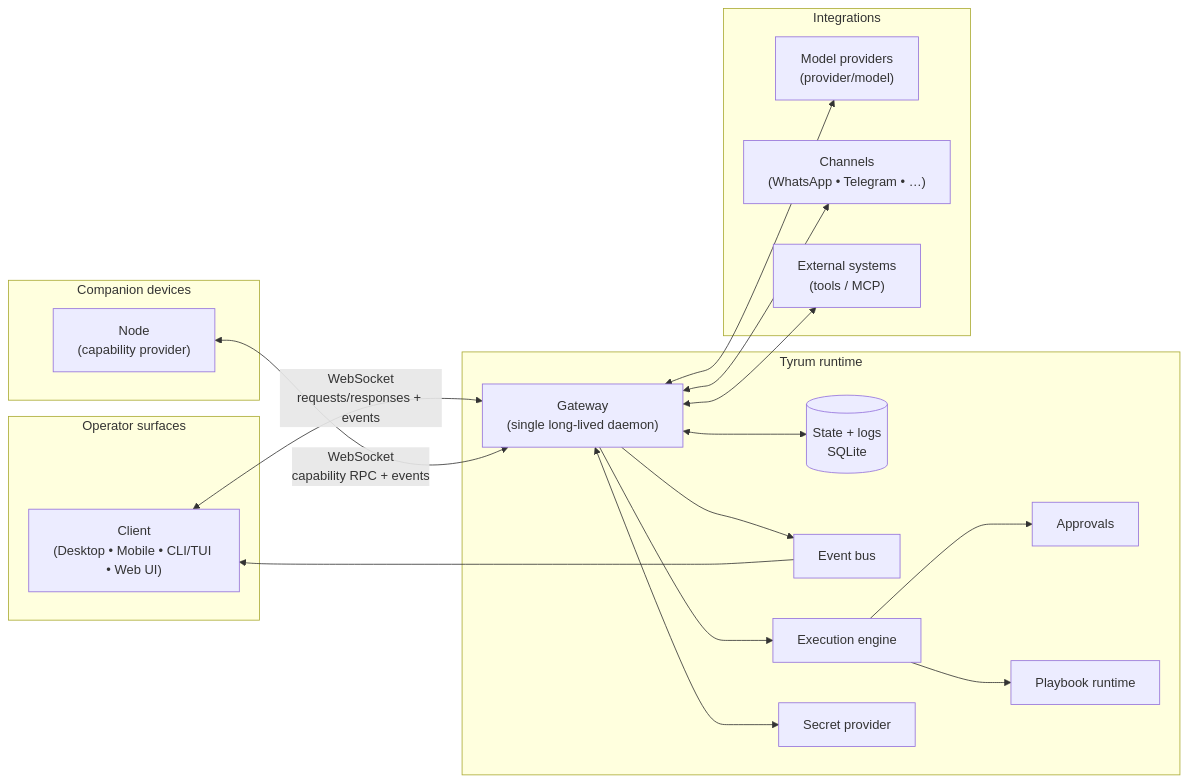
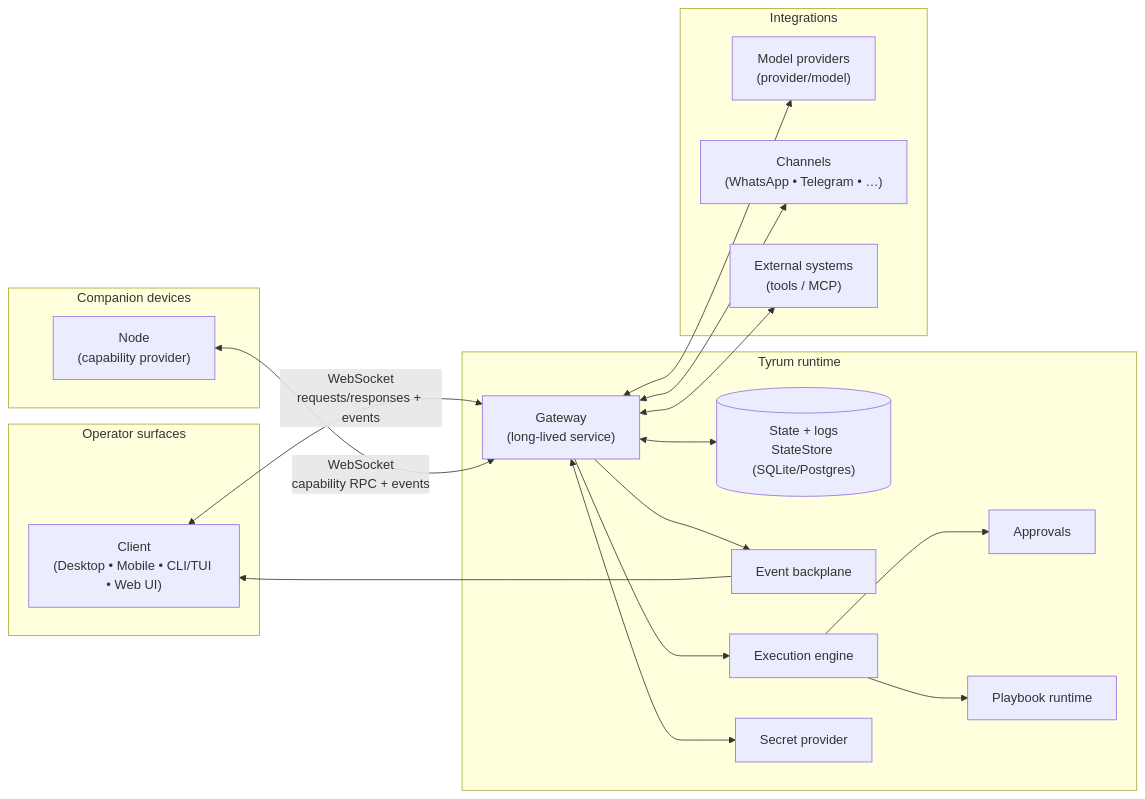
Before and after one commit to tyrumai/tyrum: the diagram in docs/architecture/index.md, drawn with Mermaid. The commit also changed other lines of this file and 13 other files, not shown here.

````diff
--- a/docs/architecture/index.md
+++ b/docs/architecture/index.md
@@ -9,39 +9,39 @@
 ```mermaid
 flowchart LR
   subgraph Operator["Operator surfaces"]
     C["Client<br/>(Desktop • Mobile • CLI/TUI • Web UI)"]
   end
 
   subgraph Runtime["Tyrum runtime"]
-    G["Gateway<br/>(single long-lived daemon)"]
-    DB[("State + logs<br/>SQLite")]
-    EV["Event bus"]
+    G["Gateway<br/>(long-lived service)"]
+    DB[("State + logs<br/>StateStore (SQLite/Postgres)")]
+    EV["Event backplane"]
     ENG["Execution engine"]
     APPR["Approvals"]
     PB["Playbook runtime"]
     SEC["Secret provider"]
   end
 
   subgraph Devices["Companion devices"]
     N["Node<br/>(capability provider)"]
   end
 
   subgraph Integrations["Integrations"]
     M["Model providers<br/>(provider/model)"]
     CH["Channels<br/>(WhatsApp • Telegram • …)"]
     EXT["External systems<br/>(tools / MCP)"]
   end
 
   C <--> |"WebSocket<br/>requests/responses + events"| G
   N <--> |"WebSocket<br/>capability RPC + events"| G
   G <--> DB
   G --> EV
   EV --> C
   G --> ENG
   ENG --> APPR
   ENG --> PB
   G <--> SEC
   G <--> M
   G <--> CH
   G <--> EXT
 ```
````
